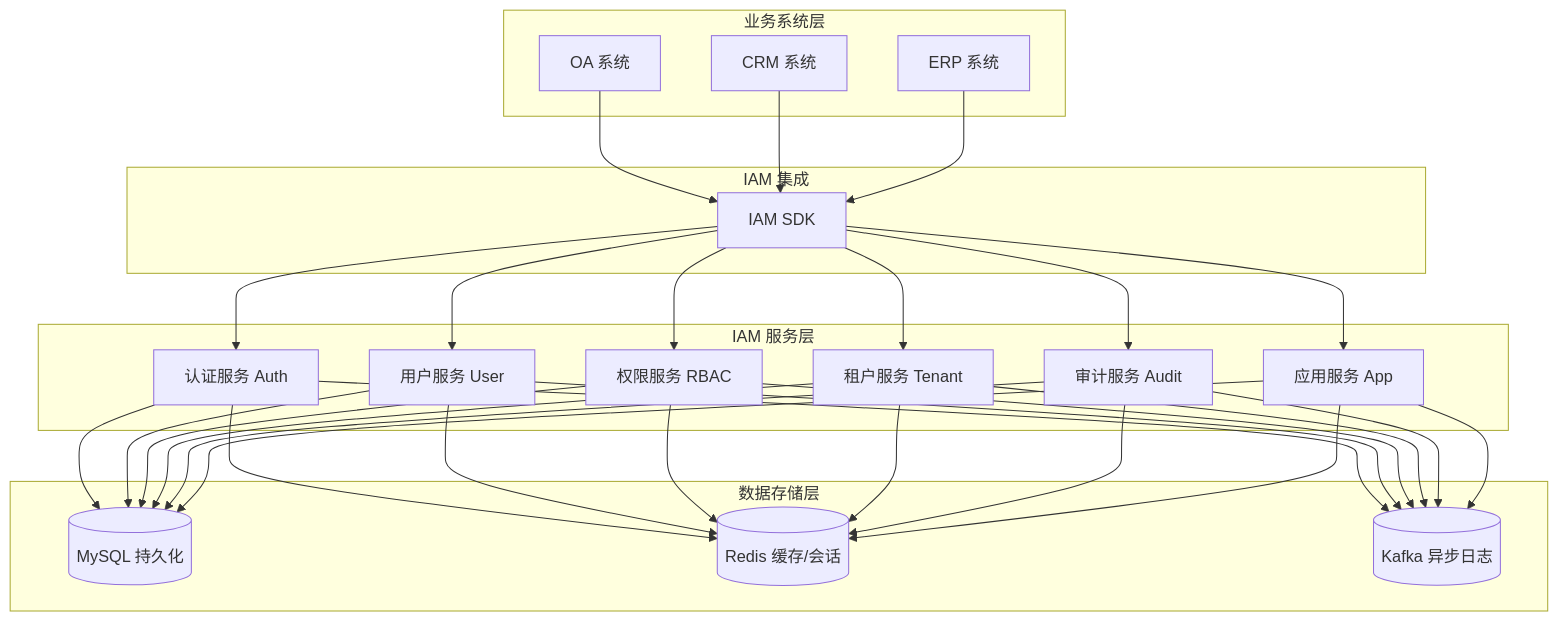
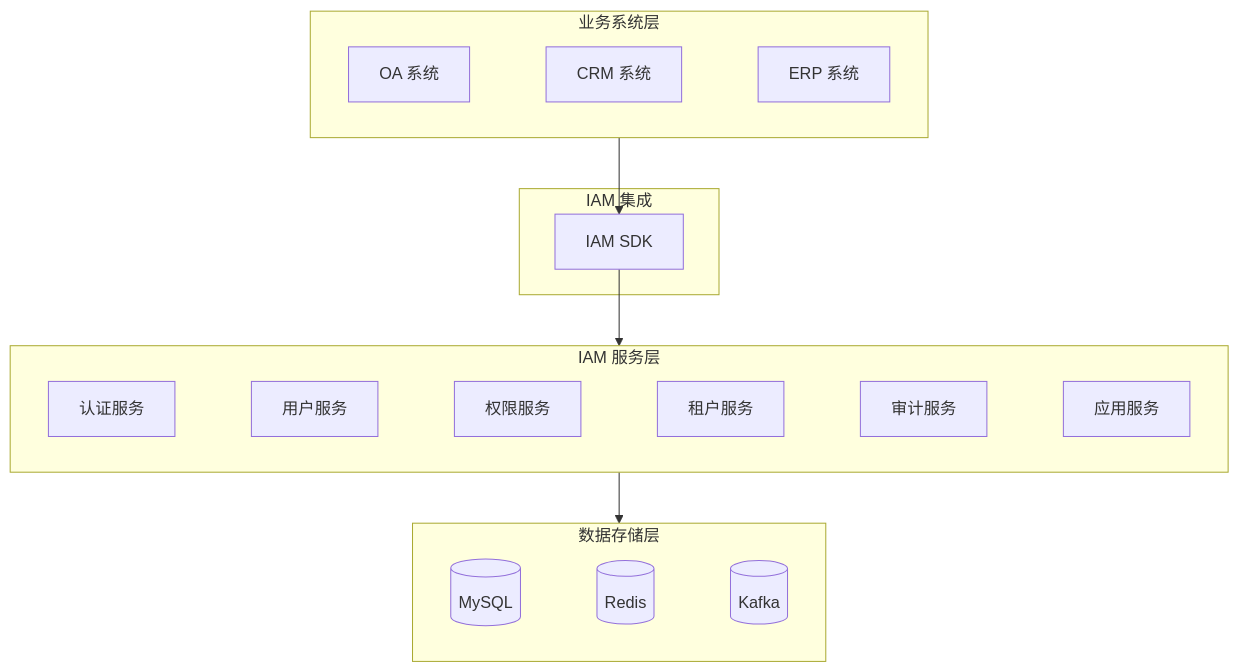
Before and after one commit to henryzhuhr/iam: the first of 6 diagrams in docs/PRD/03-system-architecture.md, drawn with Mermaid. The commit also changed other lines of this file and 1 other file, not shown here.

Commit message:
📝 docs: 更新系统架构文档，优化 mermaid 图表的结构和命名

````diff
--- a/docs/PRD/03-system-architecture.md
+++ b/docs/PRD/03-system-architecture.md
@@ -12,31 +12,34 @@
 ```mermaid
 flowchart TB
-    subgraph 业务系统层
+    subgraph BusinessLayer["业务系统层"]
         OA[OA 系统]
         CRM[CRM 系统]
         ERP[ERP 系统]
+        OA ~~~ CRM ~~~ ERP
     end
 
-    subgraph IAM 集成
+    subgraph IAMIntegration["IAM 集成"]
         SDK[IAM SDK]
     end
 
-    subgraph IAM 服务层
-        Auth[认证服务 Auth]
-        User[用户服务 User]
-        RBAC[权限服务 RBAC]
-        Tenant[租户服务 Tenant]
-        Audit[审计服务 Audit]
-        App[应用服务 App]
+    subgraph IAMService["IAM 服务层"]
+        Auth[认证服务]
+        User[用户服务]
+        RBAC[权限服务]
+        Tenant[租户服务]
+        Audit[审计服务]
+        App[应用服务]
+        Auth ~~~ User ~~~ RBAC ~~~ Tenant ~~~ Audit ~~~ App
     end
 
-    subgraph 数据存储层
-        MySQL[(MySQL 持久化)]
-        Redis[(Redis 缓存/会话)]
-        Kafka[(Kafka 异步日志)]
+    subgraph DataLayer["数据存储层"]
+        MySQL[(MySQL)]
+        Redis[(Redis)]
+        Kafka[(Kafka)]
+        MySQL ~~~ Redis ~~~ Kafka
     end
 
-    OA & CRM & ERP --> SDK
-    SDK --> Auth & User & RBAC & Tenant & Audit & App
-    Auth & User & RBAC & Tenant & Audit & App --> MySQL & Redis & Kafka
+    BusinessLayer --> SDK
+    SDK --> IAMService
+    IAMService --> DataLayer
 ```
````
